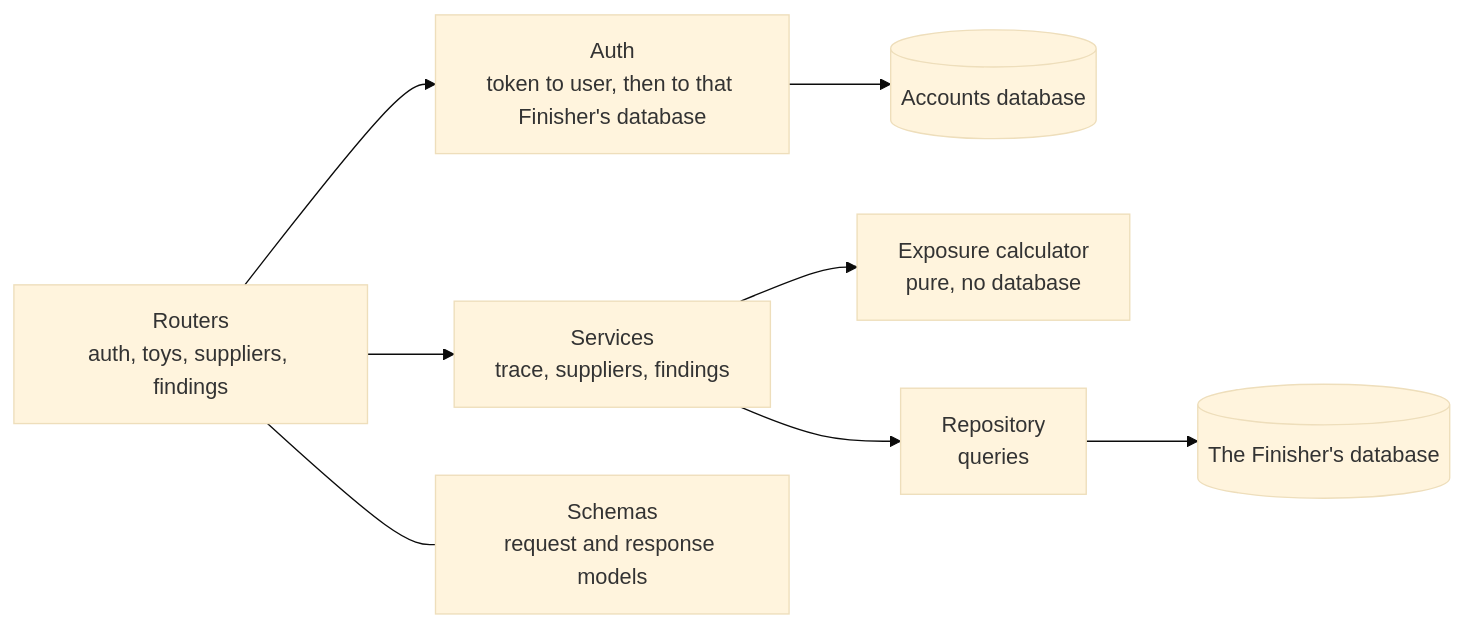
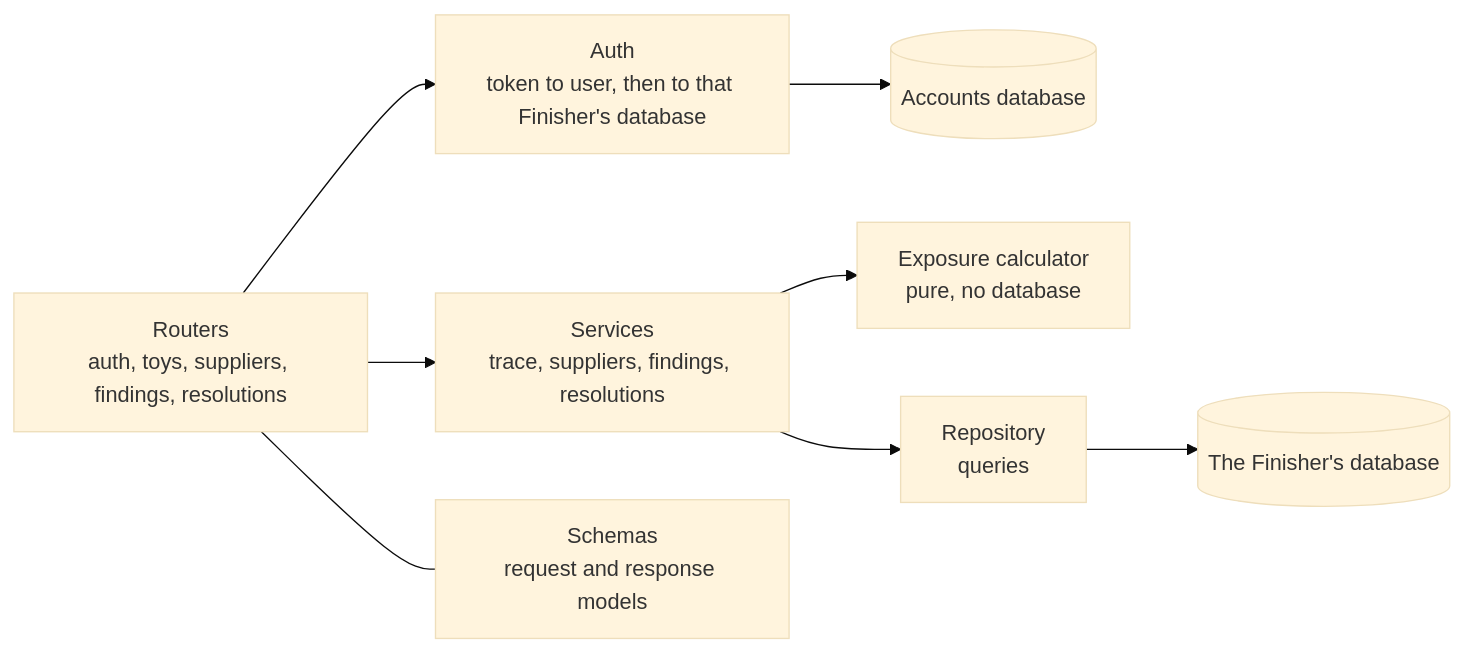
One commit to take-home-tract/FairToy changed the fifth of 5 diagrams in docs/design.md. Above: the diagram before and after it, drawn with Mermaid (base theme). The commit also changed other lines of this file and 8 other files, not shown here.

````diff
--- a/docs/design.md
+++ b/docs/design.md
@@ -185,10 +185,10 @@
 ```mermaid
 flowchart LR
-    R[Routers<br/>auth, toys, suppliers, findings] --> A[Auth<br/>token to user, then to that Finisher's database]
+    R[Routers<br/>auth, toys, suppliers, findings, resolutions] --> A[Auth<br/>token to user, then to that Finisher's database]
     A --> ACC[(Accounts database)]
-    R --> S[Services<br/>trace, suppliers, findings]
+    R --> S[Services<br/>trace, suppliers, findings, resolutions]
     R --- M[Schemas<br/>request and response models]
     S --> C[Exposure calculator<br/>pure, no database]
     S --> Q[Repository<br/>queries]
     Q --> DB[(The Finisher's database)]
 ```
````
